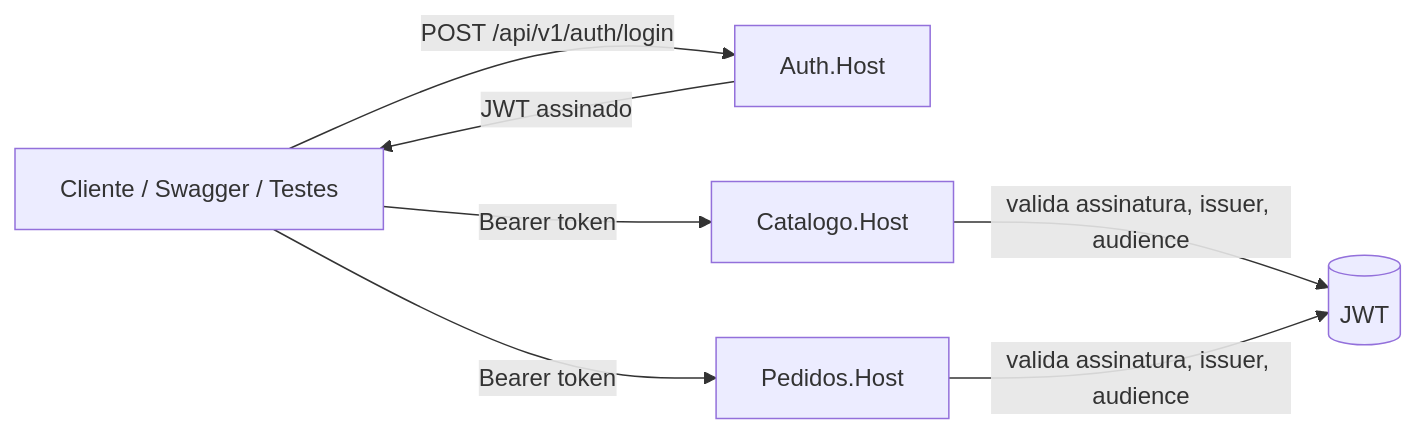
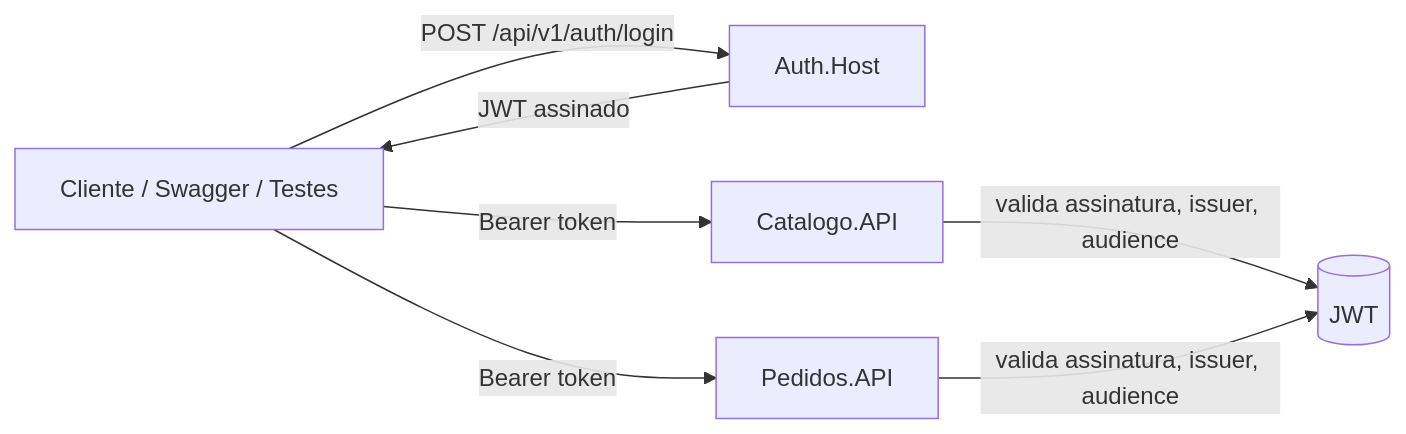
Before and after one commit to RogerFacilTech/net-minimal-api: the diagram in docs/00-VISAO-GERAL.md, drawn with Mermaid. The commit also changed other lines of this file and 27 other files, not shown here.

````diff
--- a/docs/00-VISAO-GERAL.md
+++ b/docs/00-VISAO-GERAL.md
@@ -19,9 +19,9 @@
 ```mermaid
 flowchart LR
    Cliente[Cliente / Swagger / Testes] -->|POST /api/v1/auth/login| Auth[Auth.Host]
    Auth -->|JWT assinado| Cliente
-   Cliente -->|Bearer token| Catalogo[Catalogo.Host]
-   Cliente -->|Bearer token| Pedidos[Pedidos.Host]
+   Cliente -->|Bearer token| Catalogo[Catalogo.API]
+   Cliente -->|Bearer token| Pedidos[Pedidos.API]
    Catalogo -->|valida assinatura, issuer, audience| JWT[(JWT)]
    Pedidos -->|valida assinatura, issuer, audience| JWT
 ```
````
